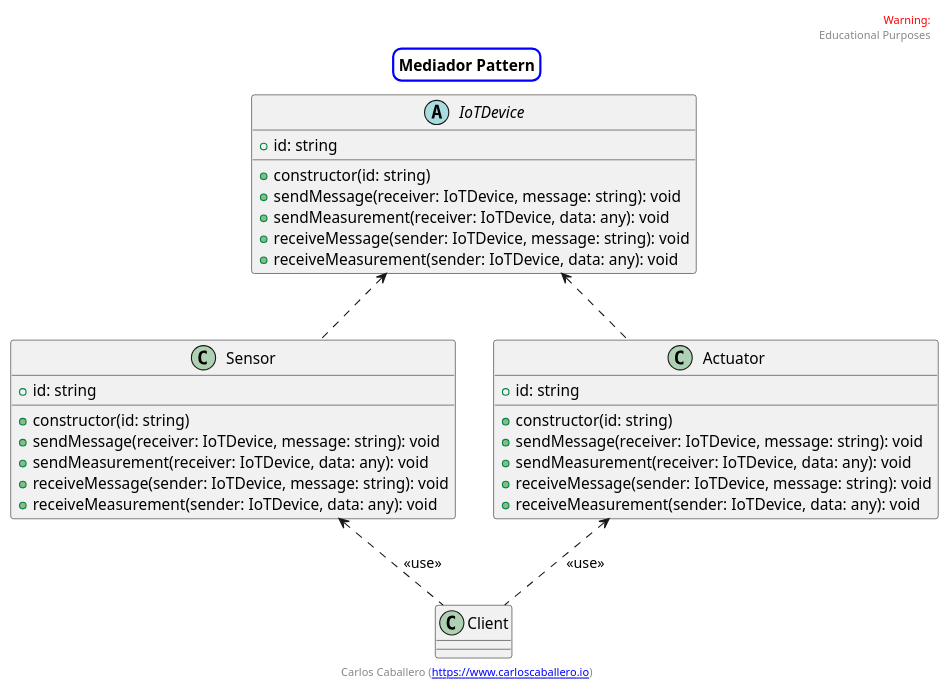
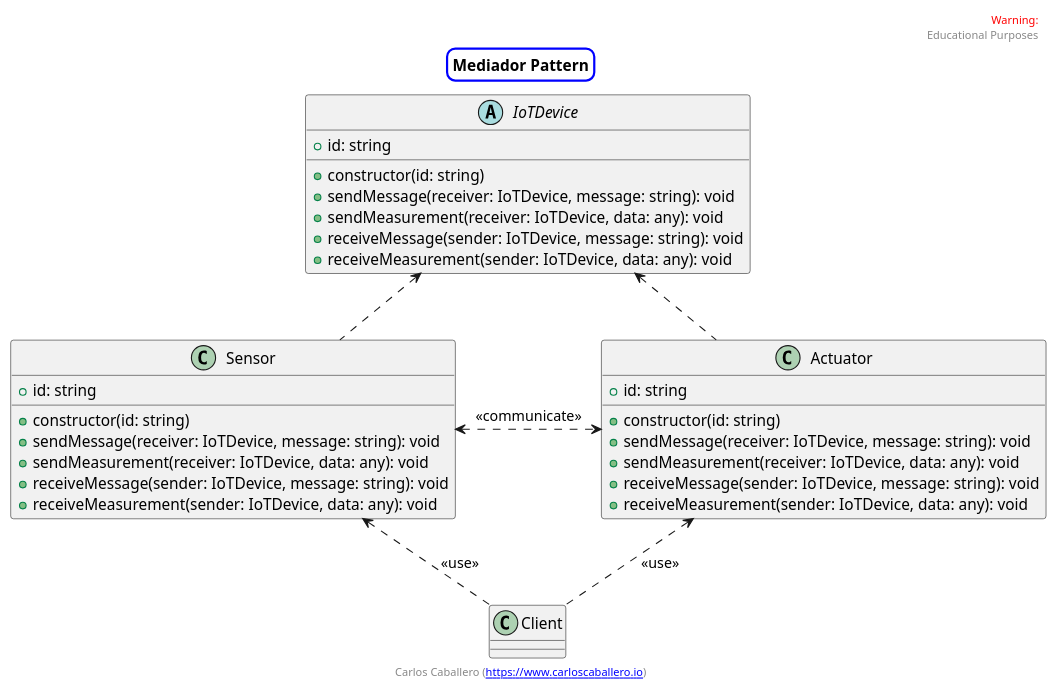
The diagram in mediator-pattern/example2/problem/uml.puml (Caballerog/blog), drawn with PlantUML before and after one commit. The commit also changed other lines of this file and 8 other files, not shown here.

```diff
--- a/mediator-pattern/example2/problem/uml.puml
+++ b/mediator-pattern/example2/problem/uml.puml
@@ -2,48 +2,50 @@
 @startuml
 skinparam titleBorderRoundCorner 15
 skinparam titleBorderThickness 2
 skinparam titleBorderColor blue
 
 
 header
 <font color=red>Warning:</font>
 Educational Purposes
 endheader
 
 center footer Carlos Caballero ([[https://www.carloscaballero.io https://www.carloscaballero.io]])
 
 
 title Mediador Pattern
 
 class Sensor {
   + id: string
   + constructor(id: string)
   + sendMessage(receiver: IoTDevice, message: string): void
   + sendMeasurement(receiver: IoTDevice, data: any): void
   + receiveMessage(sender: IoTDevice, message: string): void
   + receiveMeasurement(sender: IoTDevice, data: any): void
 }
 
 class Actuator {
   + id: string
   + constructor(id: string)
   + sendMessage(receiver: IoTDevice, message: string): void
   + sendMeasurement(receiver: IoTDevice, data: any): void
   + receiveMessage(sender: IoTDevice, message: string): void
   + receiveMeasurement(sender: IoTDevice, data: any): void
 }
 
 abstract class IoTDevice {
   + id: string
   + constructor(id: string)
   + sendMessage(receiver: IoTDevice, message: string): void
   + sendMeasurement(receiver: IoTDevice, data: any): void
   + receiveMessage(sender: IoTDevice, message: string): void
   + receiveMeasurement(sender: IoTDevice, data: any): void
 }
 
 IoTDevice <.. Sensor
 IoTDevice <.. Actuator
 Sensor <.. Client  : "<<use>>"
 Actuator <.. Client  : "<<use>>"
+
+Sensor <.> Actuator: "<<communicate>>"
 @enduml
```
